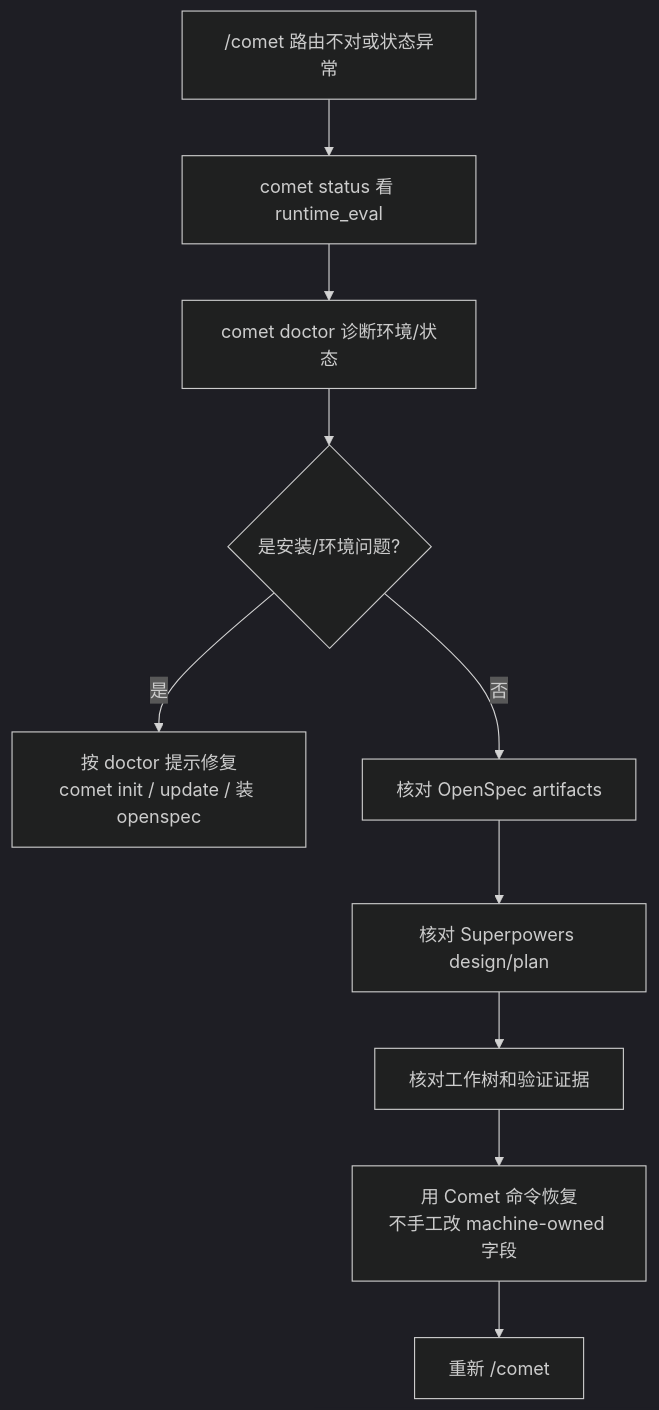
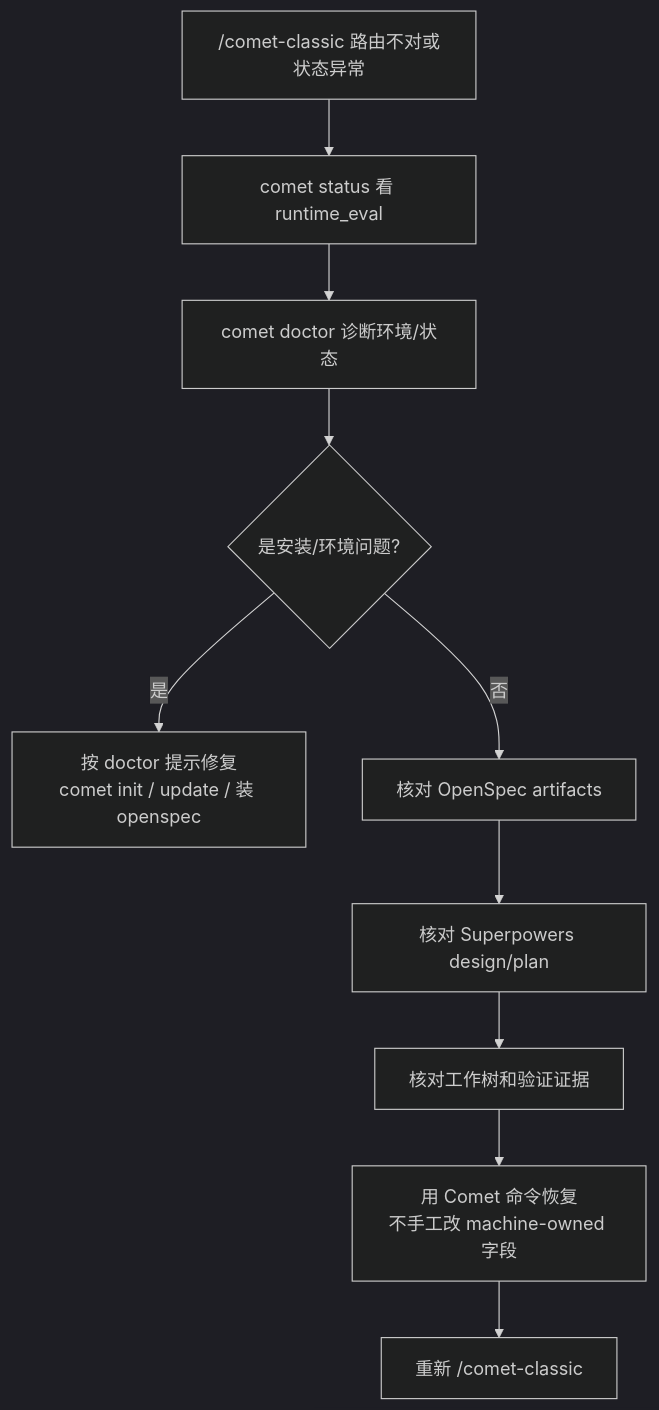
The diagram in zh/guides/state-recovery.mdx (rpamis/comet-website-docs), drawn with Mermaid (dark theme) before and after one commit. The commit also changed other lines of this file and 65 other files, not shown here.

````diff
--- a/zh/guides/state-recovery.mdx
+++ b/zh/guides/state-recovery.mdx
@@ -80,12 +80,12 @@
 ```mermaid
 flowchart TD
-  A["/comet 路由不对或状态异常"] --> B["comet status 看 runtime_eval"]
+  A["/comet-classic 路由不对或状态异常"] --> B["comet status 看 runtime_eval"]
   B --> C["comet doctor 诊断环境/状态"]
   C --> D{"是安装/环境问题?"}
   D -->|是| E["按 doctor 提示修复<br/>comet init / update / 装 openspec"]
   D -->|否| F["核对 OpenSpec artifacts"]
   F --> G["核对 Superpowers design/plan"]
   G --> H["核对工作树和验证证据"]
   H --> I["用 Comet 命令恢复<br/>不手工改 machine-owned 字段"]
-  I --> J["重新 /comet"]
+  I --> J["重新 /comet-classic"]
 ```
````
